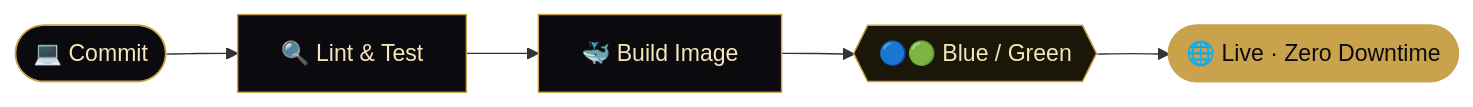
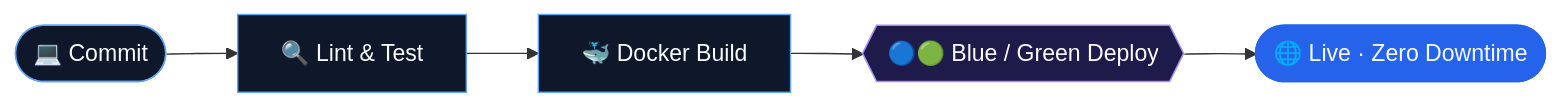
Before and after one commit to Mo7amed-Nasr-78/Mo7amed-Nasr-78: the second of 2 diagrams in README.md, drawn with Mermaid. The commit also changed other lines of this file, not shown here.

````diff
--- a/README.md
+++ b/README.md
@@ -65,12 +96,12 @@
 ```mermaid
 flowchart LR
     A([💻 Commit]) --> B[🔍 Lint & Test]
-    B --> C[🐳 Build Image]
-    C --> D{{🔵🟢 Blue / Green}}
+    B --> C[🐳 Docker Build]
+    C --> D{{🔵🟢 Blue / Green Deploy}}
     D --> E([🌐 Live · Zero Downtime])
-    style A fill:#0B0B0F,stroke:#C9A24B,color:#F5E6B8
-    style B fill:#0B0B0F,stroke:#C9A24B,color:#F5E6B8
-    style C fill:#0B0B0F,stroke:#C9A24B,color:#F5E6B8
-    style D fill:#1a1608,stroke:#C9A24B,color:#F5E6B8
-    style E fill:#C9A24B,stroke:#C9A24B,color:#0B0B0F
+    style A fill:#0F172A,stroke:#60A5FA,color:#F8FAFC
+    style B fill:#0F172A,stroke:#60A5FA,color:#F8FAFC
+    style C fill:#0F172A,stroke:#60A5FA,color:#F8FAFC
+    style D fill:#1E1B4B,stroke:#A78BFA,color:#F8FAFC
+    style E fill:#2563EB,stroke:#2563EB,color:#F8FAFC
 ```
````
